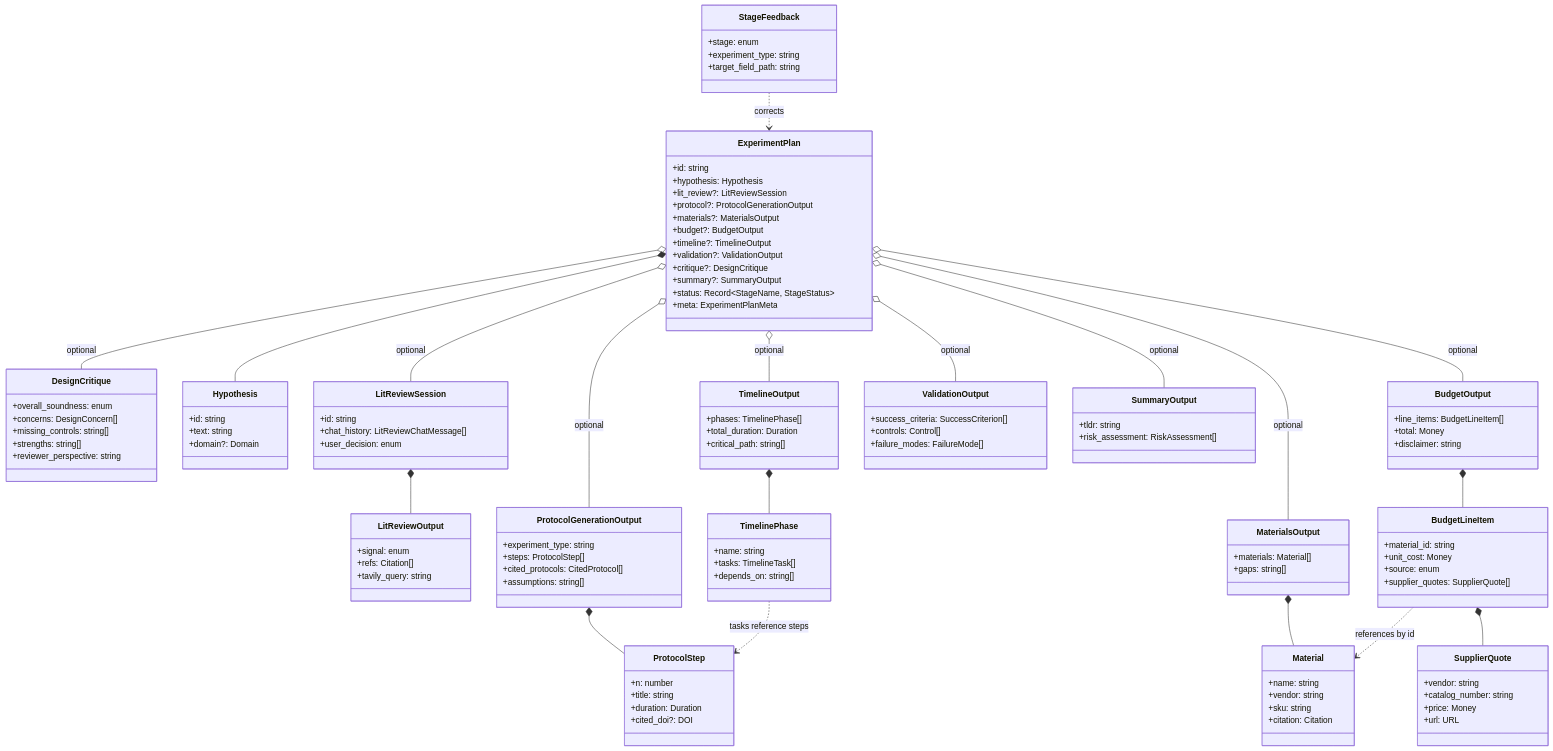
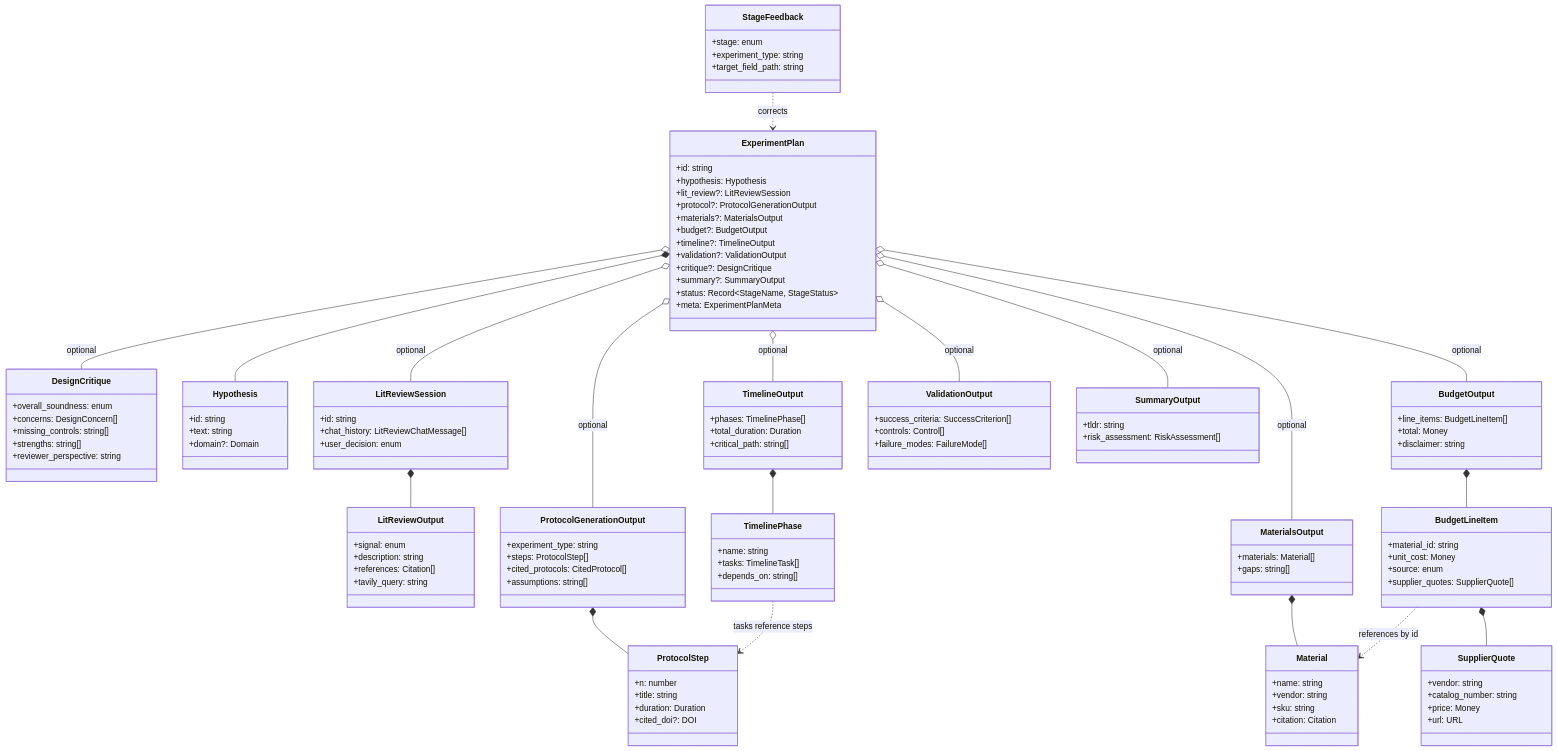
One commit to aliiarustamova/AI_Scientist_Assistant changed the diagram in spec/TYPES.md. Above: the diagram before and after it, drawn with Mermaid. The commit also changed other lines of this file and 35 other files, not shown here.

```diff
--- a/spec/TYPES.md
+++ b/spec/TYPES.md
@@ -94,7 +94,8 @@
 
     class LitReviewOutput {
         +signal: enum
-        +refs: Citation[]
+        +description: string
+        +references: Citation[]
         +tavily_query: string
     }
 
```
